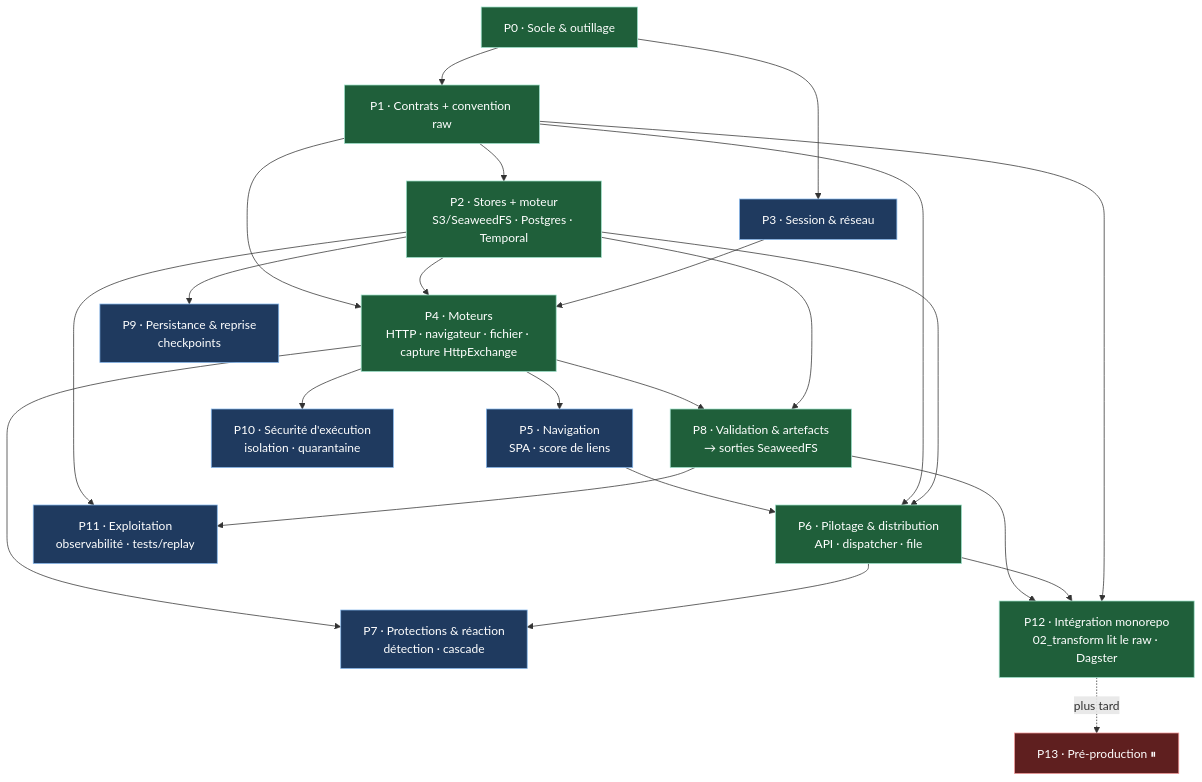
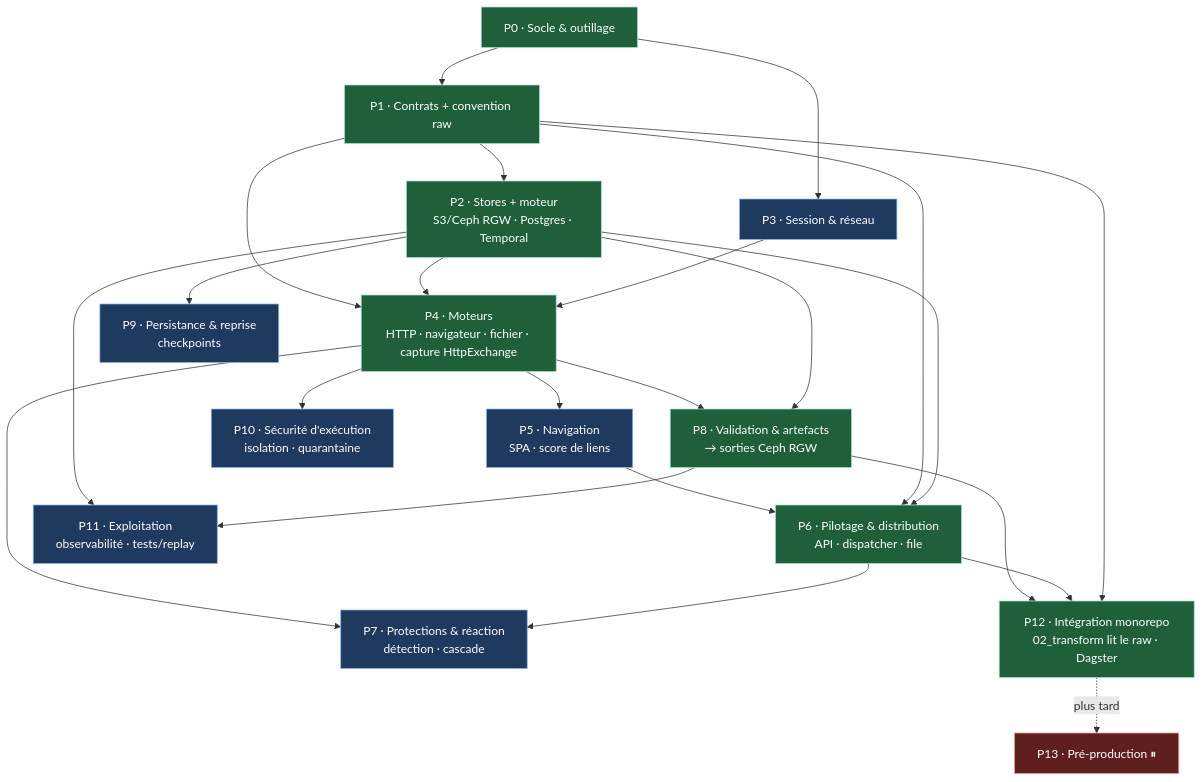
One commit to adrien-vo-semifir/na-web-scraping changed the diagram in docs/etapes.md. Above: the diagram before and after it, drawn with Mermaid. The commit also changed other lines of this file and 4 other files, not shown here.

First line of the commit message:
docs: store objet = Ceph RGW (suite ADR 0007 monorepo) — renomme SeaweedFS -> Ceph RGW

````diff
--- a/docs/etapes.md
+++ b/docs/etapes.md
@@ -25,45 +25,45 @@
 ```mermaid
 flowchart TB
     P0["P0 · Socle &amp; outillage"]
     P1["P1 · Contrats + convention raw"]
-    P2["P2 · Stores + moteur<br/>S3/SeaweedFS · Postgres · Temporal"]
+    P2["P2 · Stores + moteur<br/>S3/Ceph RGW · Postgres · Temporal"]
     P3["P3 · Session &amp; réseau"]
     P4["P4 · Moteurs<br/>HTTP · navigateur · fichier · capture HttpExchange"]
     P5["P5 · Navigation<br/>SPA · score de liens"]
     P6["P6 · Pilotage &amp; distribution<br/>API · dispatcher · file"]
     P7["P7 · Protections &amp; réaction<br/>détection · cascade"]
-    P8["P8 · Validation &amp; artefacts<br/>→ sorties SeaweedFS"]
+    P8["P8 · Validation &amp; artefacts<br/>→ sorties Ceph RGW"]
     P9["P9 · Persistance &amp; reprise<br/>checkpoints"]
     P10["P10 · Sécurité d'exécution<br/>isolation · quarantaine"]
     P11["P11 · Exploitation<br/>observabilité · tests/replay"]
     P12["P12 · Intégration monorepo<br/>02_transform lit le raw · Dagster"]
     P13["P13 · Pré-production ⏸"]
 
     P0 --> P1 --> P2
     P0 --> P3
     P1 --> P4
     P2 --> P4
     P3 --> P4
     P4 --> P5 --> P6
     P1 --> P6
     P2 --> P6
     P4 --> P8
     P2 --> P8
     P8 --> P12
     P6 --> P12
     P1 --> P12
     P4 --> P7
     P6 --> P7
     P2 --> P9
     P4 --> P10
     P2 --> P11
     P8 --> P11
     P12 -. plus tard .-> P13
 
     classDef mvp fill:#1f5f3a,stroke:#9FE1CB,color:#fff;
     classDef v1 fill:#1f3a5f,stroke:#85B7EB,color:#fff;
     classDef pp fill:#5f1f1f,stroke:#F09595,color:#fff;
     class P0,P1,P2,P4,P8,P6,P12 mvp;
     class P3,P5,P7,P9,P10,P11 v1;
     class P13 pp;
 ```
````
